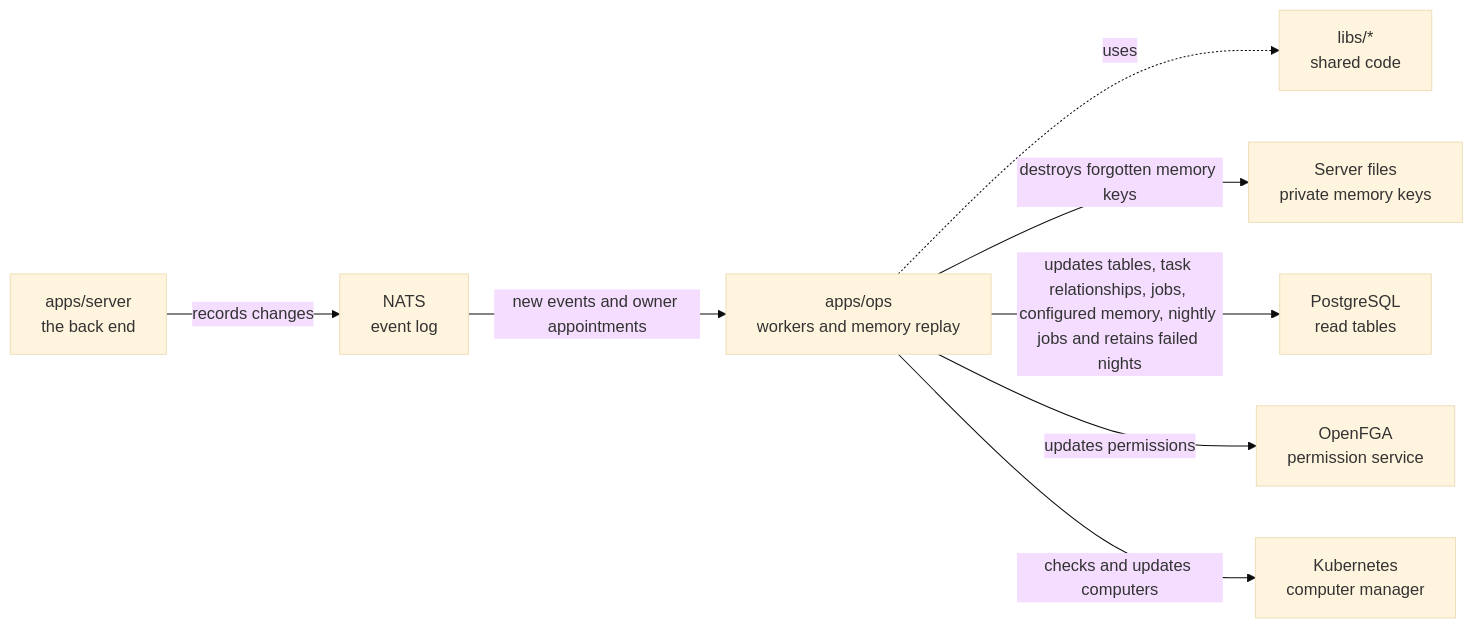
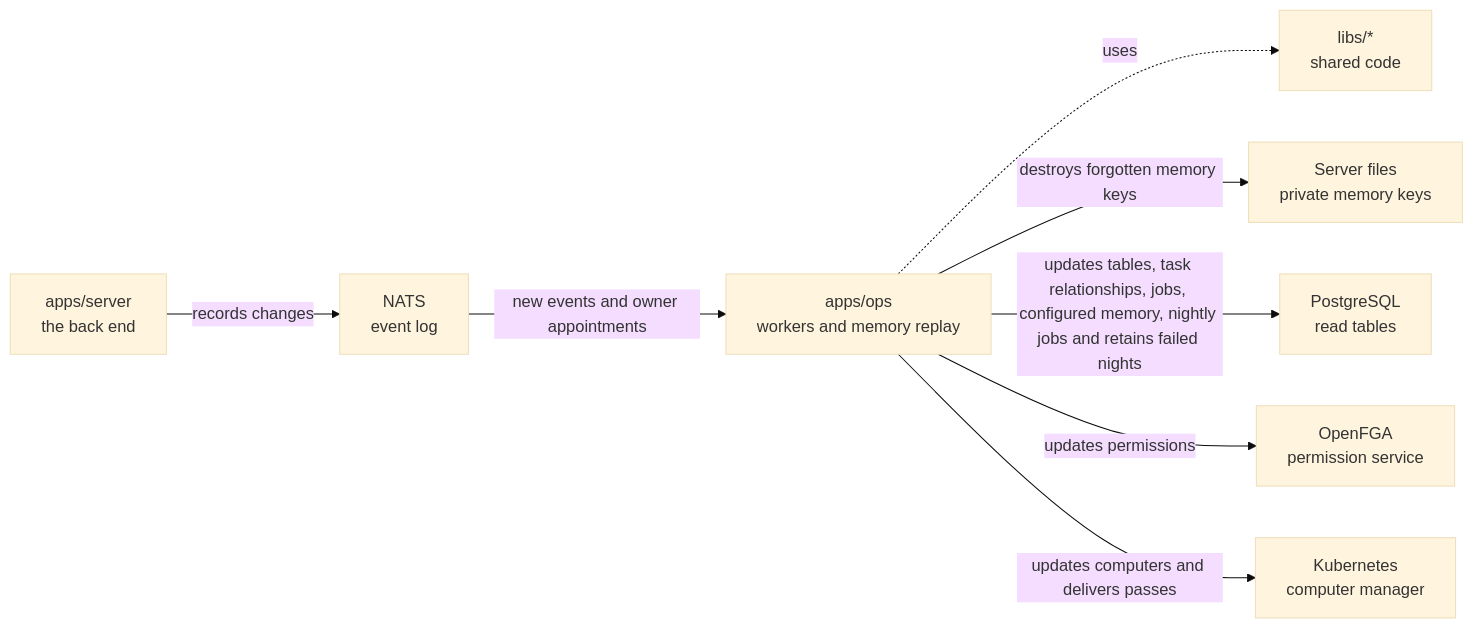
The diagram in apps/ops/README.md (elewa-git/opencrane-new), drawn with Mermaid (base theme) before and after one commit. The commit also changed other lines of this file and 19 other files, not shown here.

````diff
--- a/apps/ops/README.md
+++ b/apps/ops/README.md
@@ -11,10 +11,10 @@
 ```mermaid
 flowchart LR
   server["apps/server<br/>the back end"] -->|records changes| nats["NATS<br/>event log"]
   nats -->|new events and owner appointments| ops["apps/ops<br/>workers and memory replay"]
   ops -.->|uses| libs["libs/*<br/>shared code"]
   ops -->|destroys forgotten memory keys| keys["Server files<br/>private memory keys"]
   ops -->|updates tables, task relationships, jobs, configured memory, nightly jobs and retains failed nights| postgres["PostgreSQL<br/>read tables"]
   ops -->|updates permissions| fga["OpenFGA<br/>permission service"]
-  ops -->|checks and updates computers| kube["Kubernetes<br/>computer manager"]
+  ops -->|updates computers and delivers passes| kube["Kubernetes<br/>computer manager"]
 ```
````
